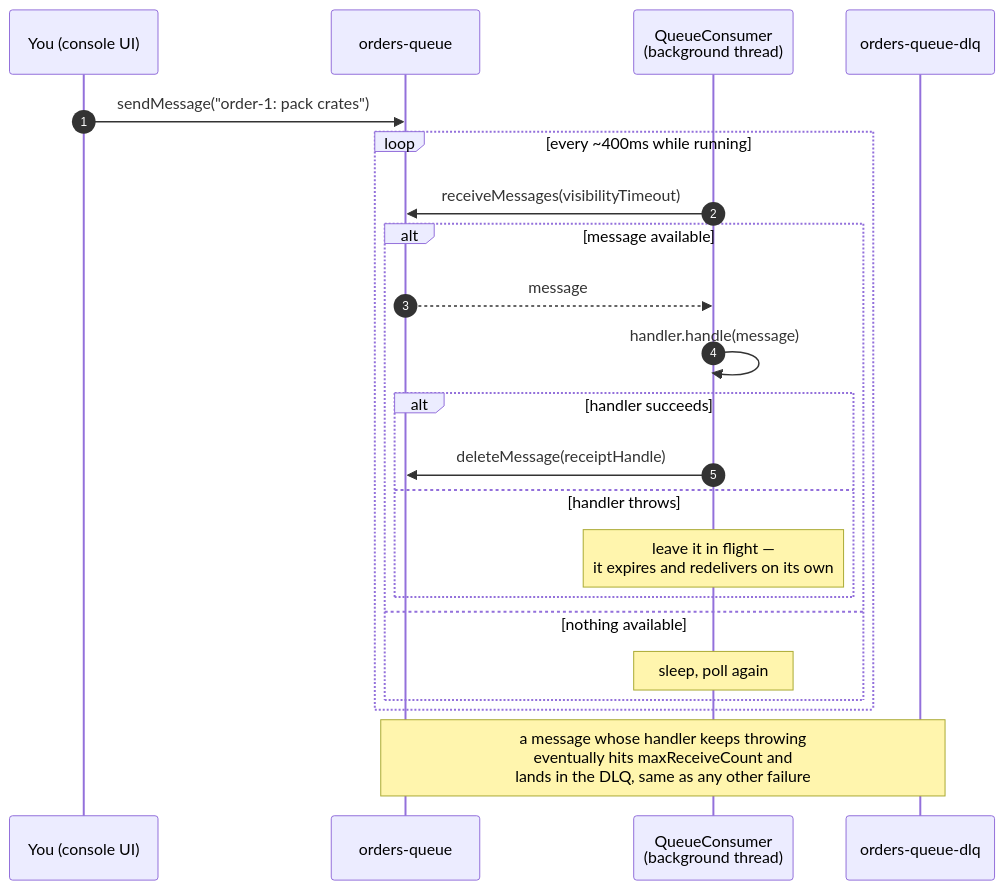
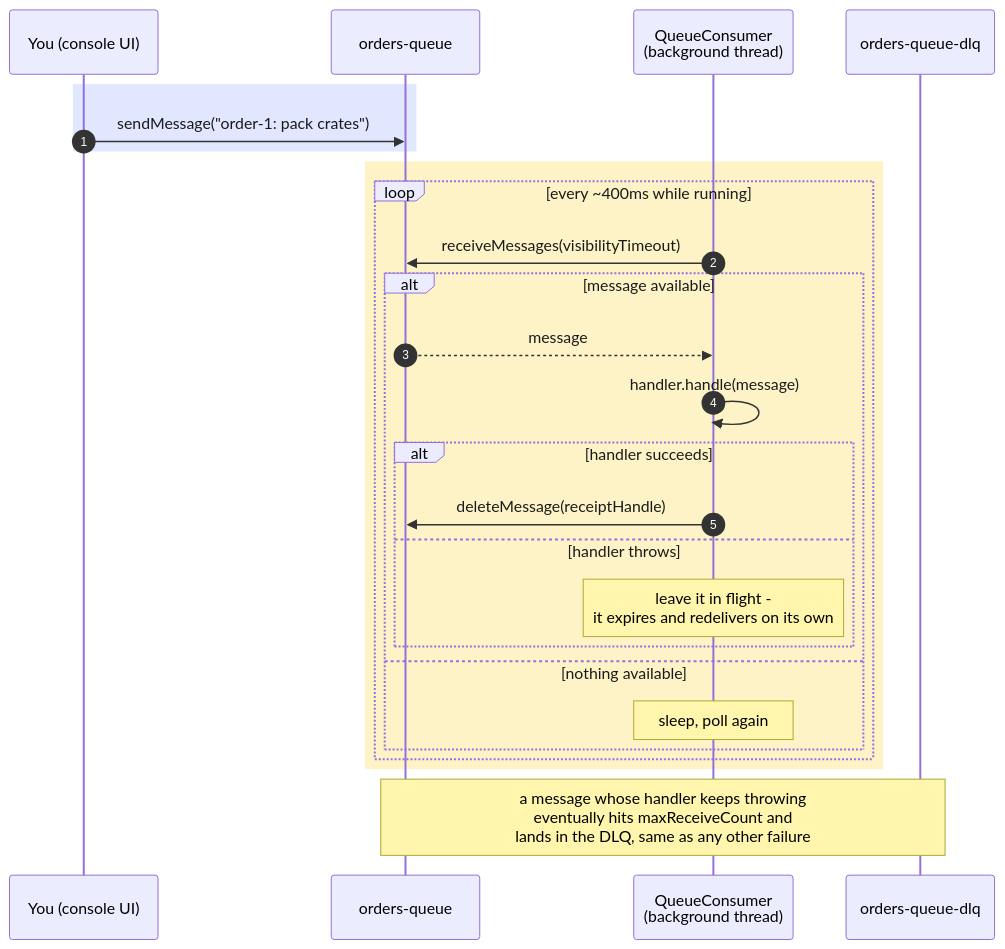
The third of 3 diagrams in lib/src/main/java/org/pk/practices/aws/sqs/README.md (Pratyush576/CodingPractice), drawn with Mermaid before and after one commit. The commit also changed other lines of this file and 5 other files, not shown here.

Commit message:
Enhanced the diagrams

````diff
--- a/lib/src/main/java/org/pk/practices/aws/sqs/README.md
+++ b/lib/src/main/java/org/pk/practices/aws/sqs/README.md
@@ -107,25 +123,30 @@
 ```mermaid
+%%{init: {'themeVariables': {'signalTextColor': '#1a1a1a', 'loopTextColor': '#1a1a1a'}}}%%
 sequenceDiagram
     autonumber
     participant You as You (console UI)
     participant Queue as orders-queue
     participant Consumer as QueueConsumer<br/>(background thread)
     participant DLQ as orders-queue-dlq
 
+    rect rgb(224, 231, 255)
     You->>Queue: sendMessage("order-1: pack crates")
+    end
+    rect rgb(254, 243, 199)
     loop every ~400ms while running
         Consumer->>Queue: receiveMessages(visibilityTimeout)
         alt message available
             Queue-->>Consumer: message
             Consumer->>Consumer: handler.handle(message)
             alt handler succeeds
                 Consumer->>Queue: deleteMessage(receiptHandle)
             else handler throws
-                Note over Consumer: leave it in flight —<br/>it expires and redelivers on its own
+                Note over Consumer: leave it in flight -<br/>it expires and redelivers on its own
             end
         else nothing available
             Note over Consumer: sleep, poll again
         end
     end
+    end
     Note over Queue,DLQ: a message whose handler keeps throwing<br/>eventually hits maxReceiveCount and<br/>lands in the DLQ, same as any other failure
 ```
````
